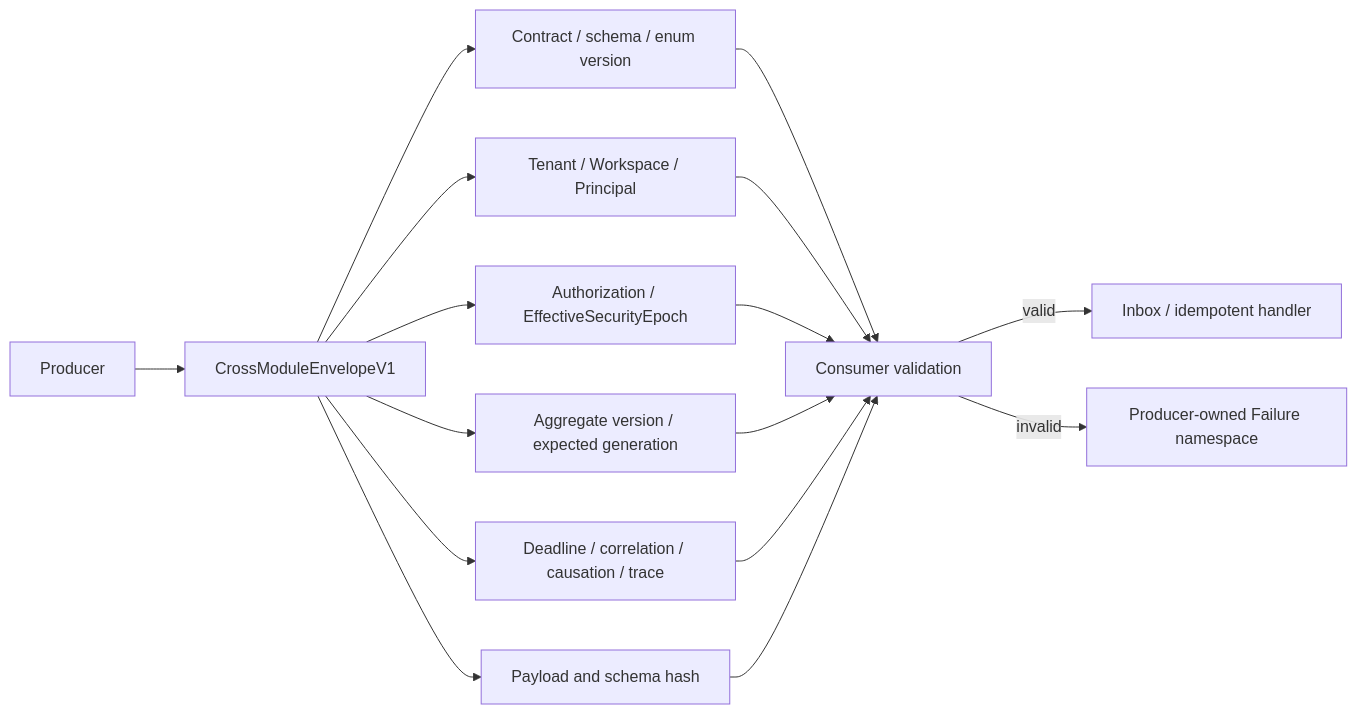
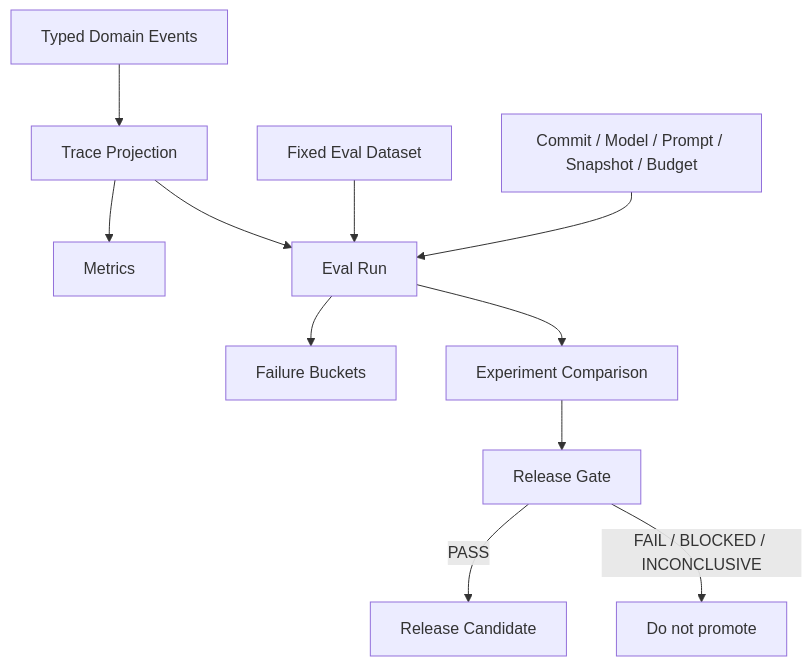
One commit to ProfessorZhi/Zuno changed diagram 16 of 17 in docs/architecture/architecture-views.md. Above: the diagram before and after it, drawn with Mermaid. The commit also changed other lines of this file, not shown here.

Commit message:
docs(architecture): refresh architecture v2 visual atlas [agent=chatgpt model=gpt-5.6-thinking worker=chatgpt-architecture-v2-001]

````diff
--- a/docs/architecture/architecture-views.md
+++ b/docs/architecture/architecture-views.md
@@ -358,13 +400,13 @@
 ```mermaid
-flowchart LR
-  PROD[Producer] --> ENV[CrossModuleEnvelopeV1]
-  ENV --> CONTRACT[Contract / schema / enum version]
-  ENV --> SCOPE[Tenant / Workspace / Principal]
-  ENV --> EPOCH[Authorization / EffectiveSecurityEpoch]
-  ENV --> ORDER[Aggregate version / expected generation]
-  ENV --> TIME[Deadline / correlation / causation / trace]
-  ENV --> HASH[Payload and schema hash]
-  CONTRACT & SCOPE & EPOCH & ORDER & TIME & HASH --> VALID[Consumer validation]
-  VALID -->|valid| INBOX[Inbox / idempotent handler]
-  VALID -->|invalid| FAIL[Producer-owned Failure namespace]
+flowchart TB
+    EV[Typed Domain Events] --> TP[Trace Projection]
+    TP --> MET[Metrics]
+    TP --> ER[Eval Run]
+    DS[Fixed Eval Dataset] --> ER
+    CFG[Commit / Model / Prompt / Snapshot / Budget] --> ER
+    ER --> FB[Failure Buckets]
+    ER --> CMP[Experiment Comparison]
+    CMP --> RG[Release Gate]
+    RG -->|PASS| REL[Release Candidate]
+    RG -->|FAIL / BLOCKED / INCONCLUSIVE| STOP[Do not promote]
 ```
````
